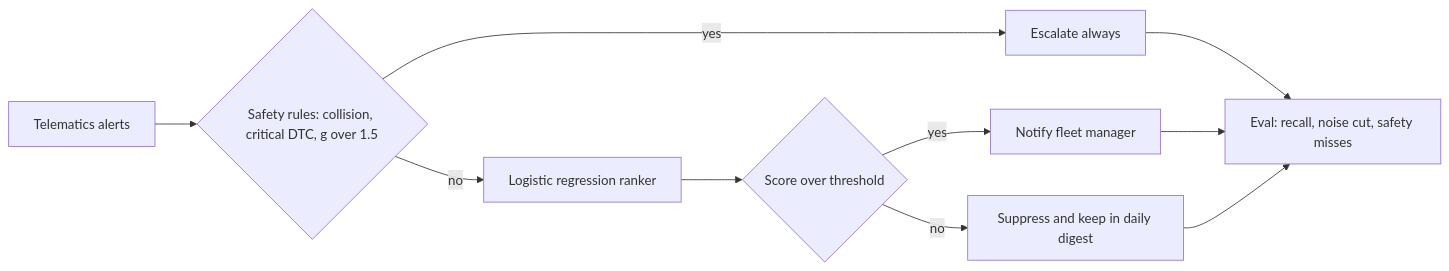
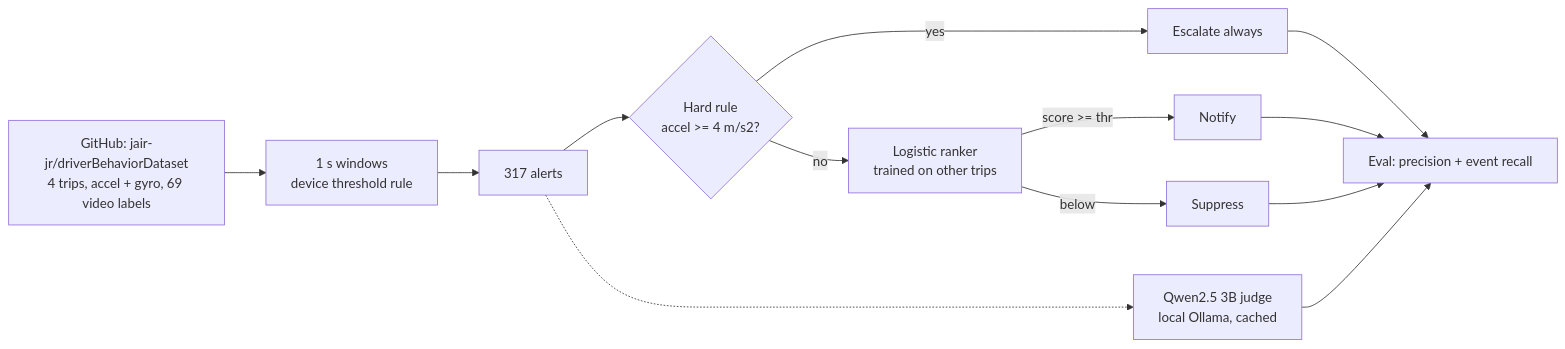
One commit to manishreddy998/zenduit-fleet-alert-triage changed the diagram in README.md. Above: the diagram before and after it, drawn with Mermaid. The commit also changed other lines of this file and 31 other files, not shown here.

Commit message:
Move fleet triage to real Driver Behavior Dataset trips with hard rule, ranker and Qwen2.5 3B judge

````diff
--- a/README.md
+++ b/README.md
@@ -12,12 +12,12 @@
 ```mermaid
 flowchart LR
-  A[Telematics alerts] --> B{Safety rules: collision, critical DTC, g over 1.5}
-  B -- yes --> E[Escalate always]
-  B -- no --> C[Logistic regression ranker]
-  C --> D{Score over threshold}
-  D -- yes --> F[Notify fleet manager]
-  D -- no --> G[Suppress and keep in daily digest]
-  E --> H[Eval: recall, noise cut, safety misses]
-  F --> H
-  G --> H
+  A[GitHub: jair-jr/driverBehaviorDataset\n4 trips, accel + gyro, 69 video labels] --> B[1 s windows\ndevice threshold rule]
+  B --> C[317 alerts]
+  C --> D{Hard rule\naccel >= 4 m/s2?}
+  D -- yes --> E[Escalate always]
+  D -- no --> F[Logistic ranker\ntrained on other trips]
+  F -- score >= thr --> G[Notify]
+  F -- below --> H[Suppress]
+  C -.-> Q[Qwen2.5 3B judge\nlocal Ollama, cached]
+  E & G & H & Q --> R[Eval: precision + event recall]
 ```
````
